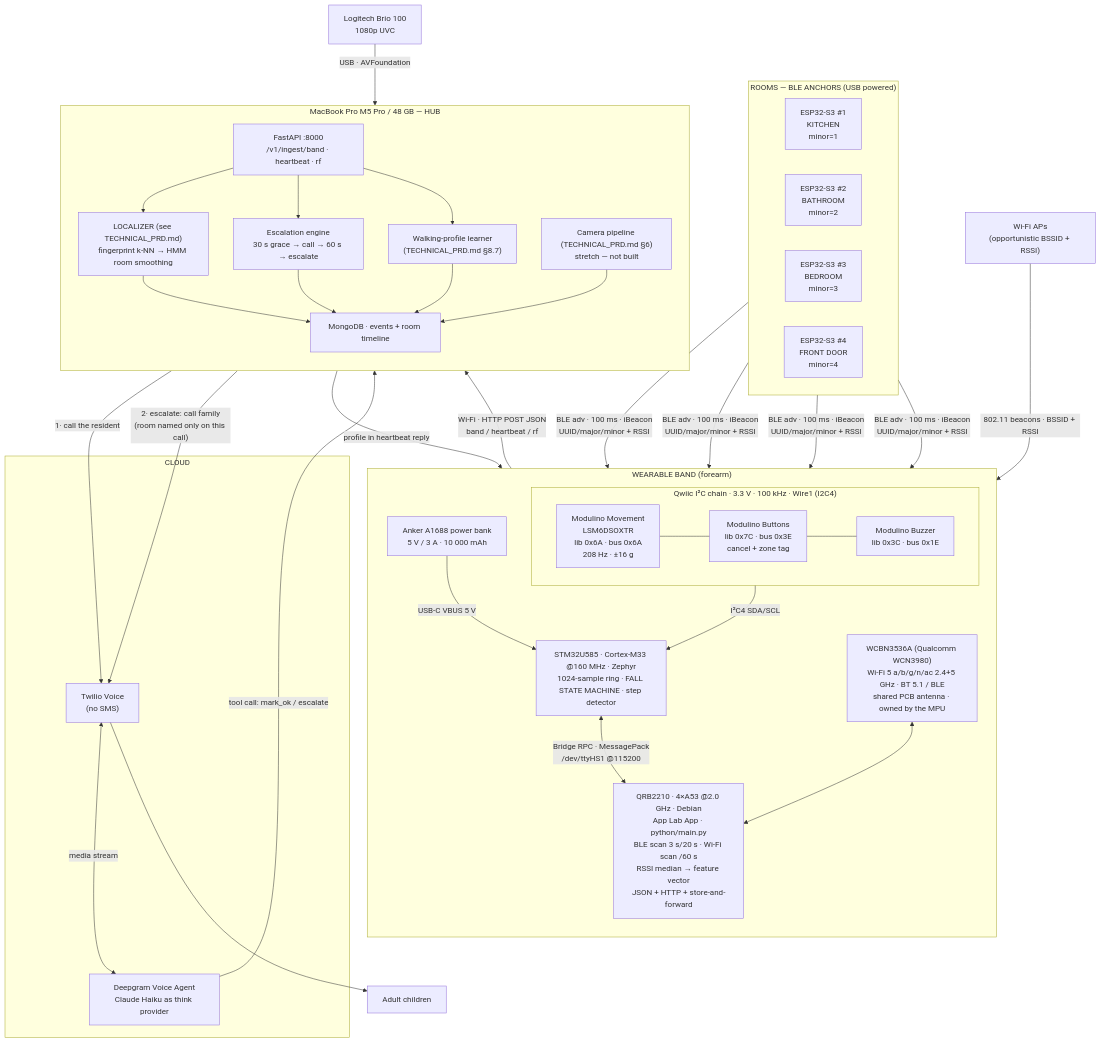
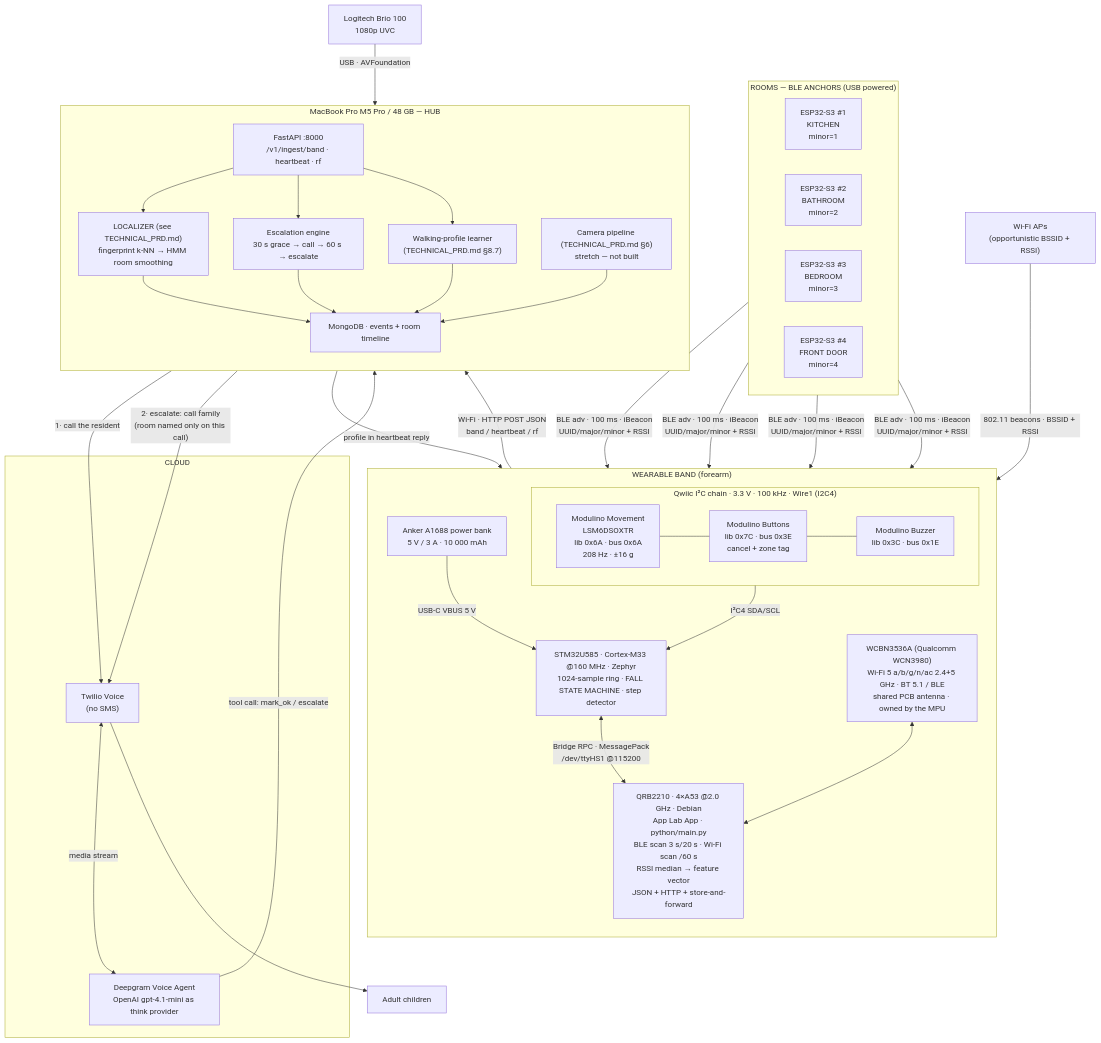
One commit to ayushmk7/Dhyaan_HackMIT2026 changed the diagram in docs/HARDWARE_SPEC.md. Above: the diagram before and after it, drawn with Mermaid. The commit also changed other lines of this file and 57 other files, not shown here.

````diff
--- a/docs/HARDWARE_SPEC.md
+++ b/docs/HARDWARE_SPEC.md
@@ -90,62 +90,62 @@
 ```mermaid
 flowchart TB
     subgraph ROOMS["ROOMS — BLE ANCHORS (USB powered)"]
         direction LR
         B1["ESP32-S3 #1<br/>KITCHEN<br/>minor=1"]
         B2["ESP32-S3 #2<br/>BATHROOM<br/>minor=2"]
         B3["ESP32-S3 #3<br/>BEDROOM<br/>minor=3"]
         B4["ESP32-S3 #4<br/>FRONT DOOR<br/>minor=4"]
     end
     AP["Wi-Fi APs<br/>(opportunistic BSSID + RSSI)"]
 
     subgraph BAND["WEARABLE BAND (forearm)"]
         direction TB
         PB["Anker A1688 power bank<br/>5 V / 3 A · 10 000 mAh"]
         subgraph QW["Qwiic I²C chain · 3.3 V · 100 kHz · Wire1 (I2C4)"]
             direction LR
             IMU["Modulino Movement<br/>LSM6DSOXTR<br/>lib 0x6A · bus 0x6A<br/>208 Hz · ±16 g"]
             BTN["Modulino Buttons<br/>lib 0x7C · bus 0x3E<br/>cancel + zone tag"]
             BUZ["Modulino Buzzer<br/>lib 0x3C · bus 0x1E"]
             IMU --- BTN --- BUZ
         end
         MCU["STM32U585 · Cortex-M33 @160 MHz · Zephyr<br/>1024-sample ring · FALL STATE MACHINE · step detector"]
         RADIO["WCBN3536A (Qualcomm WCN3980)<br/>Wi-Fi 5 a/b/g/n/ac 2.4+5 GHz · BT 5.1 / BLE<br/>shared PCB antenna · owned by the MPU"]
         MPU["QRB2210 · 4×A53 @2.0 GHz · Debian<br/>App Lab App · python/main.py<br/>BLE scan 3 s/20 s · Wi-Fi scan /60 s<br/>RSSI median → feature vector<br/>JSON + HTTP + store-and-forward"]
         QW -->|"I²C4 SDA/SCL"| MCU
         PB -->|"USB-C VBUS 5 V"| MCU
         MCU <-->|"Bridge RPC · MessagePack<br/>/dev/ttyHS1 @115200"| MPU
         RADIO <--> MPU
     end
 
     B1 & B2 & B3 & B4 -->|"BLE adv · 100 ms · iBeacon<br/>UUID/major/minor + RSSI"| RADIO
     AP -->|"802.11 beacons · BSSID + RSSI"| RADIO
 
     subgraph MAC["MacBook Pro M5 Pro / 48 GB — HUB"]
         direction TB
         API["FastAPI :8000<br/>/v1/ingest/band · heartbeat · rf"]
         LOC["LOCALIZER (see TECHNICAL_PRD.md)<br/>fingerprint k-NN → HMM room smoothing"]
         FSM["Escalation engine<br/>30 s grace → call → 60 s → escalate"]
         GAIT["Walking-profile learner<br/>(TECHNICAL_PRD.md §8.7)"]
         VLM["Camera pipeline (TECHNICAL_PRD.md §6)<br/>stretch — not built"]
         DB["MongoDB · events + room timeline"]
         API --> LOC --> DB
         API --> FSM --> DB
         API --> GAIT --> DB
         VLM --> DB
     end
 
     MPU -->|"Wi-Fi · HTTP POST JSON<br/>band / heartbeat / rf"| API
     GAIT -->|"profile in heartbeat reply"| MPU
     CAM["Logitech Brio 100<br/>1080p UVC"] -->|"USB · AVFoundation"| VLM
 
     subgraph CLOUD["CLOUD"]
         TW["Twilio Voice<br/>(no SMS)"]
-        DG["Deepgram Voice Agent<br/>Claude Haiku as think provider"]
+        DG["Deepgram Voice Agent<br/>OpenAI gpt-4.1-mini as think provider"]
     end
 
     FSM -->|"1· call the resident"| TW
     TW <-->|"media stream"| DG
     DG -->|"tool call: mark_ok / escalate"| FSM
     FSM -->|"2· escalate: call family<br/>(room named only on this call)"| TW
     TW --> FAM["Adult children"]
 ```
````
